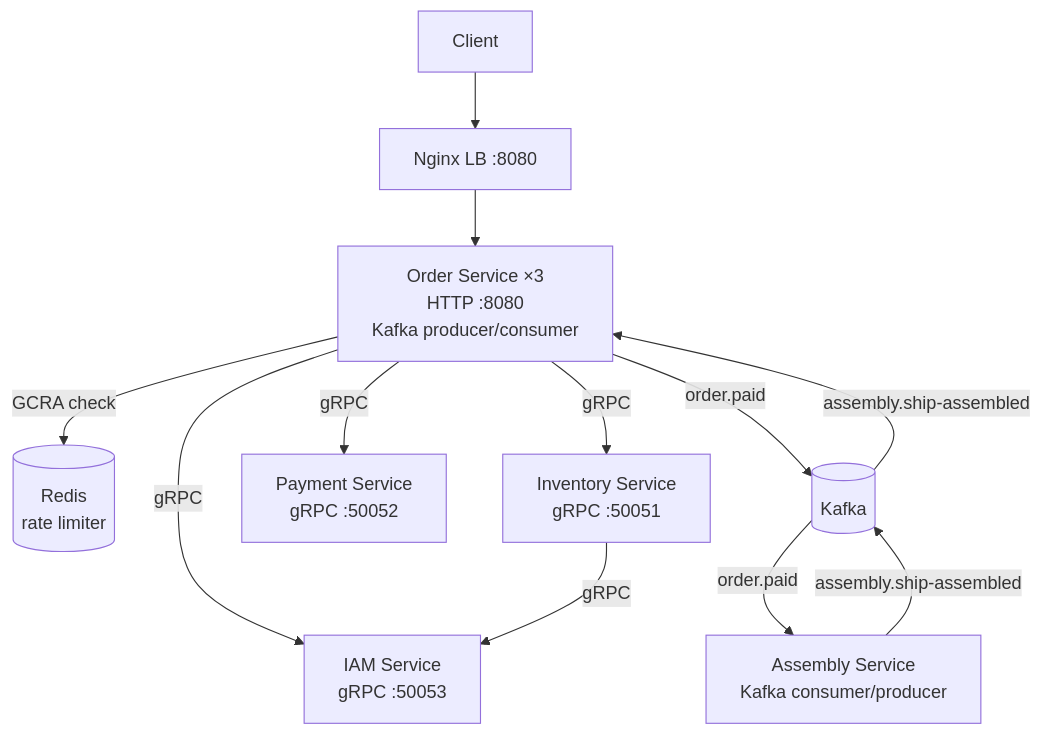
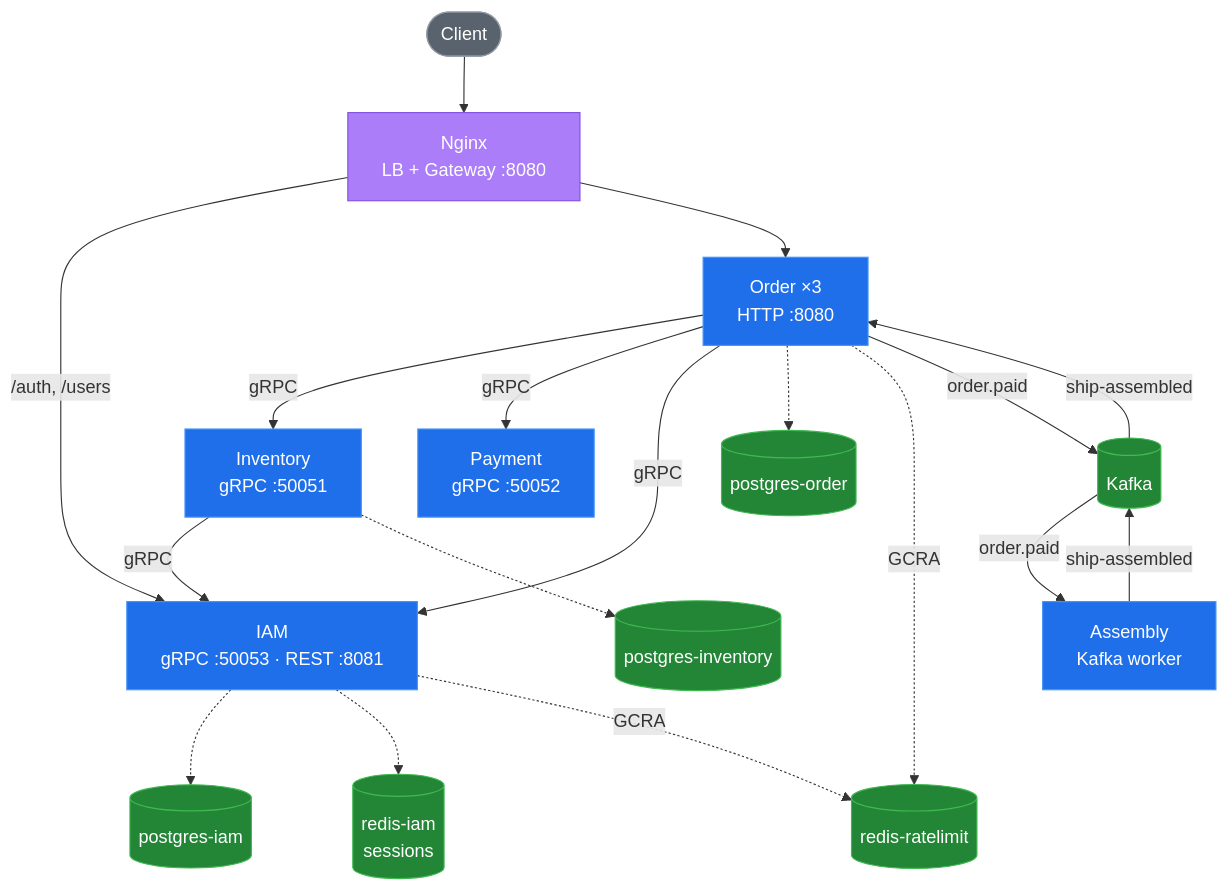
One commit to krapagen/my_microservices_rocket changed the first of 3 diagrams in README.md. Above: the diagram before and after it, drawn with Mermaid. The commit also changed other lines of this file and 134 other files, not shown here.

````diff
--- a/README.md
+++ b/README.md
@@ -18,24 +18,40 @@
 ```mermaid
 flowchart TB
-    client[Client]
-    nginx[Nginx LB :8080]
-    order[Order Service ×3\nHTTP :8080\nKafka producer/consumer]
-    ratelimit[(Redis\nrate limiter)]
-    inventory[Inventory Service\ngRPC :50051]
-    payment[Payment Service\ngRPC :50052]
-    iam[IAM Service\ngRPC :50053]
-    kafka[(Kafka)]
-    assembly[Assembly Service\nKafka consumer/producer]
+    client([Client]):::ext
+    nginx[Nginx<br/>LB + Gateway :8080]:::edge
+
+    order[Order ×3<br/>HTTP :8080]:::svc
+    iam[IAM<br/>gRPC :50053 · REST :8081]:::svc
+    inventory[Inventory<br/>gRPC :50051]:::svc
+    payment[Payment<br/>gRPC :50052]:::svc
+    assembly[Assembly<br/>Kafka worker]:::svc
+
+    order_pg[(postgres-order)]:::db
+    inv_pg[(postgres-inventory)]:::db
+    iam_pg[(postgres-iam)]:::db
+    sessions[(redis-iam<br/>sessions)]:::db
+    ratelimit[(redis-ratelimit)]:::db
+    kafka[(Kafka)]:::db
 
     client --> nginx
+    nginx -->|/auth, /users| iam
     nginx --> order
-    order -->|GCRA check| ratelimit
-    order -->|gRPC| inventory
-    order -->|gRPC| payment
-    order -->|gRPC| iam
+
+    order -->|gRPC| inventory & payment & iam
     inventory -->|gRPC| iam
+
+    order -.-> order_pg
+    inventory -.-> inv_pg
+    iam -.-> iam_pg & sessions
+    order & iam -.->|GCRA| ratelimit
+
     order -->|order.paid| kafka
     kafka -->|order.paid| assembly
-    assembly -->|assembly.ship-assembled| kafka
-    kafka -->|assembly.ship-assembled| order
+    assembly -->|ship-assembled| kafka
+    kafka -->|ship-assembled| order
+
+    classDef ext fill:#59636e,stroke:#9198a1,color:#fff
+    classDef edge fill:#ab7df8,stroke:#8250df,color:#fff
+    classDef svc fill:#1f6feb,stroke:#4493f8,color:#fff
+    classDef db fill:#238636,stroke:#3fb950,color:#fff
 ```
````
